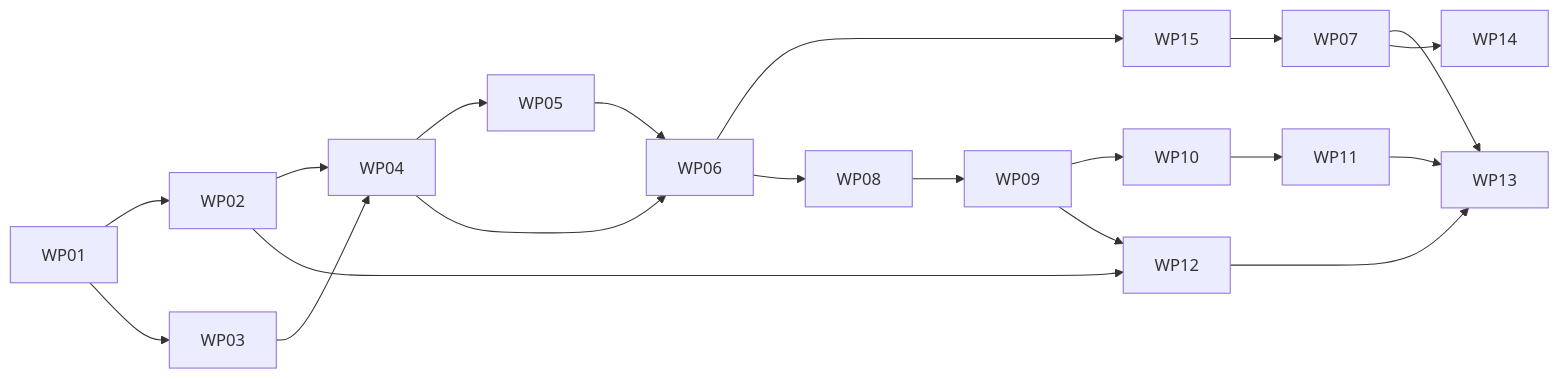
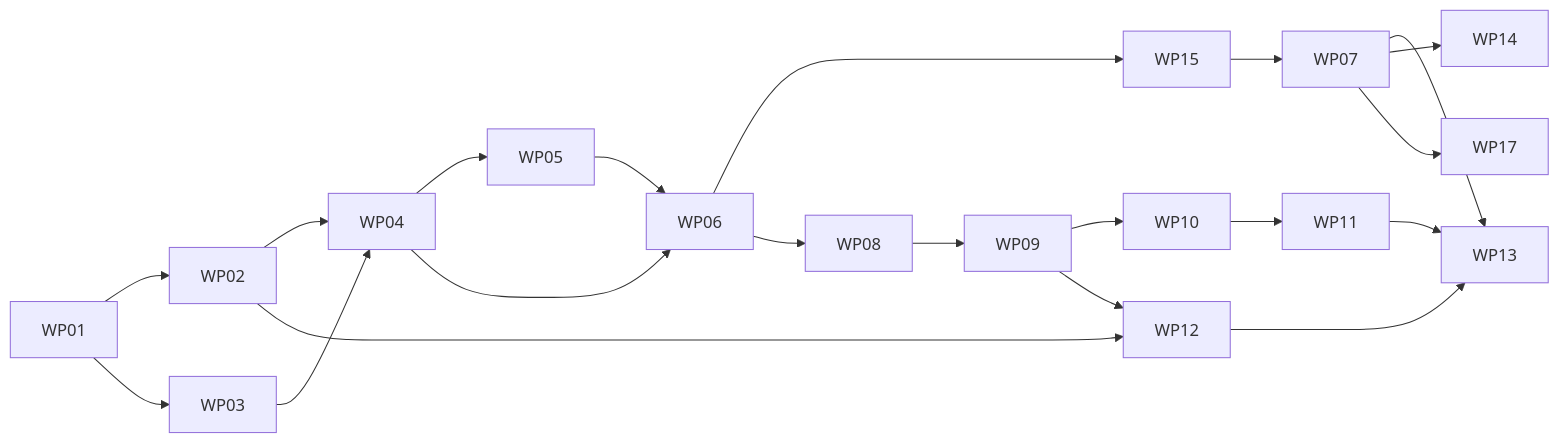
The diagram in docs/plans/README.md (maxvandenhoven/imposter), drawn with Mermaid before and after one commit. The commit also changed other lines of this file and 4 other files, not shown here.

````diff
--- a/docs/plans/README.md
+++ b/docs/plans/README.md
@@ -199,12 +207,12 @@
 ```mermaid
 flowchart LR
   WP01 --> WP02 & WP03
   WP02 & WP03 --> WP04 --> WP05
   WP04 & WP05 --> WP06
   WP06 --> WP15 & WP08
   WP15 --> WP07
   WP08 --> WP09 --> WP10 --> WP11
   WP02 & WP09 --> WP12
   WP07 & WP11 & WP12 --> WP13
-  WP07 --> WP14
+  WP07 --> WP14 & WP17
 ```
````
